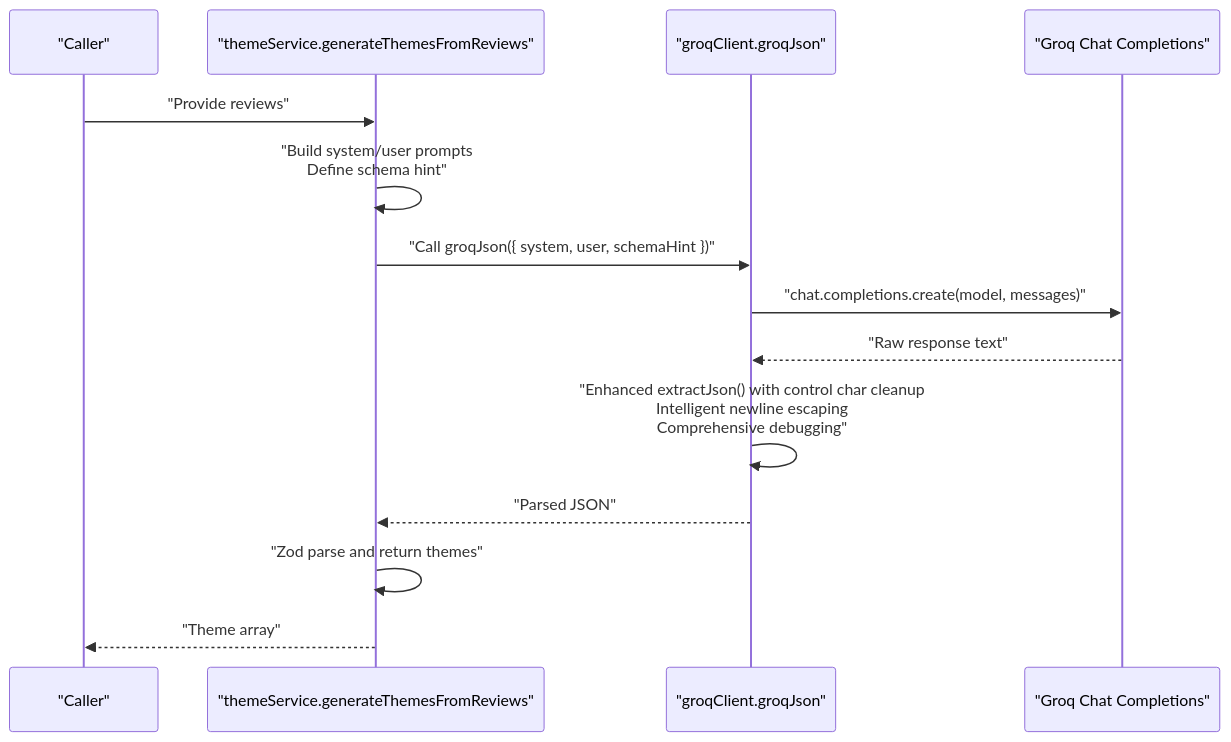
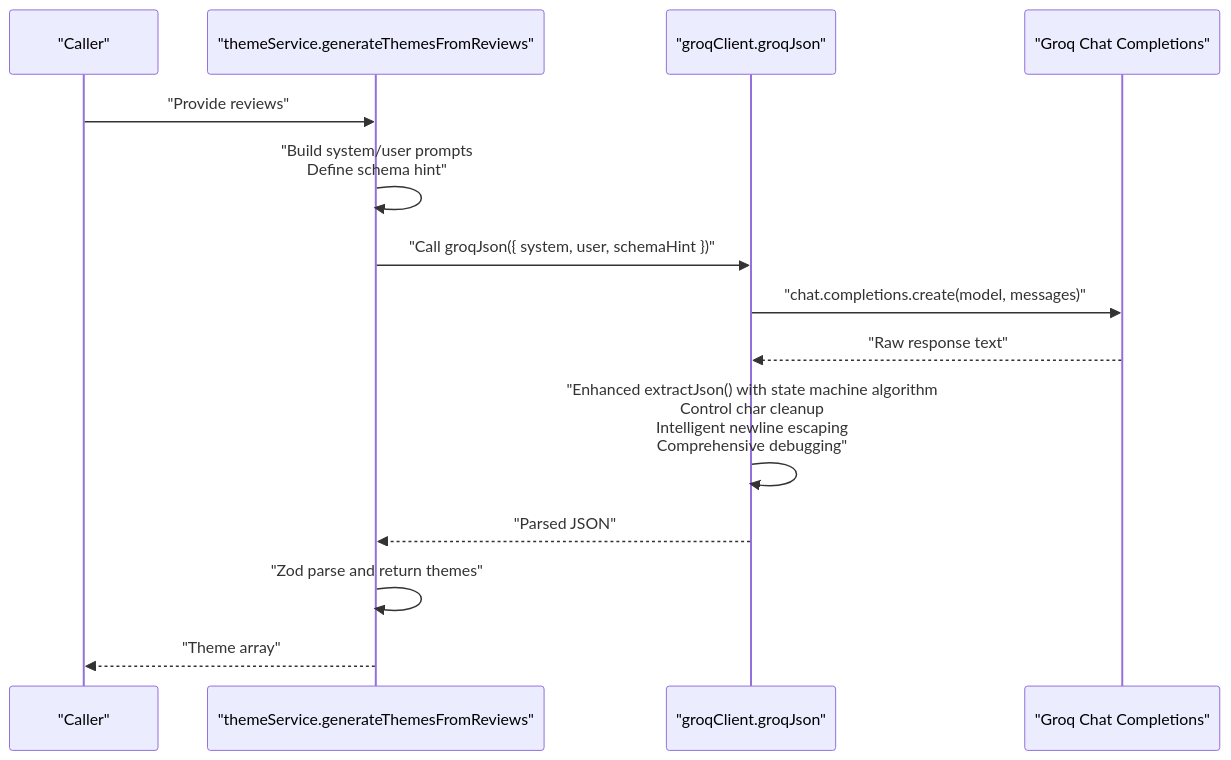
Before and after one commit to aravinthraj-ramalingam/Groww-App-Review-Insights-Analyzer-: the second of 10 diagrams in .qoder/repowiki/en/content/Phase 2_ Advanced Analytics & Automation/LLM Integration with Groq.md, drawn with Mermaid. The commit also changed other lines of this file and 5 other files, not shown here.

````diff
--- a/.qoder/repowiki/en/content/Phase 2_ Advanced Analytics & Automation/LLM Integration with Groq.md
+++ b/.qoder/repowiki/en/content/Phase 2_ Advanced Analytics & Automation/LLM Integration with Groq.md
@@ -118,16 +119,16 @@
 ```mermaid
 sequenceDiagram
 participant Client as "Caller"
 participant ThemeSvc as "themeService.generateThemesFromReviews"
 participant GroqCli as "groqClient.groqJson"
 participant GroqAPI as "Groq Chat Completions"
 Client->>ThemeSvc : "Provide reviews"
 ThemeSvc->>ThemeSvc : "Build system/user prompts<br/>Define schema hint"
 ThemeSvc->>GroqCli : "Call groqJson({ system, user, schemaHint })"
 GroqCli->>GroqAPI : "chat.completions.create(model, messages)"
 GroqAPI-->>GroqCli : "Raw response text"
-GroqCli->>GroqCli : "Enhanced extractJson() with control char cleanup<br/>Intelligent newline escaping<br/>Comprehensive debugging"
+GroqCli->>GroqCli : "Enhanced extractJson() with state machine algorithm<br/>Control char cleanup<br/>Intelligent newline escaping<br/>Comprehensive debugging"
 GroqCli-->>ThemeSvc : "Parsed JSON"
 ThemeSvc->>ThemeSvc : "Zod parse and return themes"
 ThemeSvc-->>Client : "Theme array"
 ```
````
